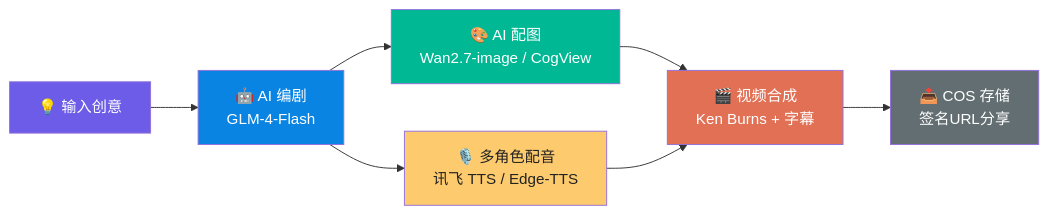
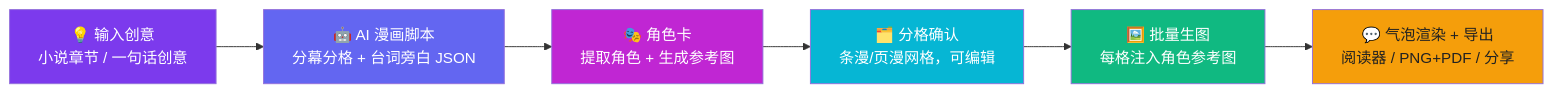
One commit to ycbing/MangaGrid-AI changed the diagram in README.md. Above: the diagram before and after it, drawn with Mermaid. The commit also changed other lines of this file and 99 other files, not shown here.

````diff
--- a/README.md
+++ b/README.md
@@ -26,16 +26,15 @@
 ```mermaid
 flowchart LR
-    A["💡 输入创意"] --> B["🤖 AI 编剧<br/>GLM-4-Flash"]
-    B --> C["🎨 AI 配图<br/>Wan2.7-image / CogView"]
-    B --> D["🎙️ 多角色配音<br/>讯飞 TTS / Edge-TTS"]
-    C --> E["🎬 视频合成<br/>Ken Burns + 字幕"]
-    D --> E
-    E --> F["📤 COS 存储<br/>签名URL分享"]
-    
-    style A fill:#6C5CE7,color:#fff
-    style B fill:#0984E3,color:#fff
-    style C fill:#00B894,color:#fff
-    style D fill:#FDCB6E,color:#222
-    style E fill:#E17055,color:#fff
-    style F fill:#636E72,color:#fff
+    A["💡 输入创意<br/>小说章节 / 一句话创意"] --> B["🤖 AI 漫画脚本<br/>分幕分格 + 台词旁白 JSON"]
+    B --> C["🎭 角色卡<br/>提取角色 + 生成参考图"]
+    C --> D["🗂️ 分格确认<br/>条漫/页漫网格，可编辑"]
+    D --> E["🖼️ 批量生图<br/>每格注入角色参考图"]
+    E --> F["💬 气泡渲染 + 导出<br/>阅读器 / PNG+PDF / 分享"]
+
+    style A fill:#7C3AED,color:#fff
+    style B fill:#6366F1,color:#fff
+    style C fill:#C026D3,color:#fff
+    style D fill:#06B6D4,color:#fff
+    style E fill:#10B981,color:#fff
+    style F fill:#F59E0B,color:#222
 ```
````
